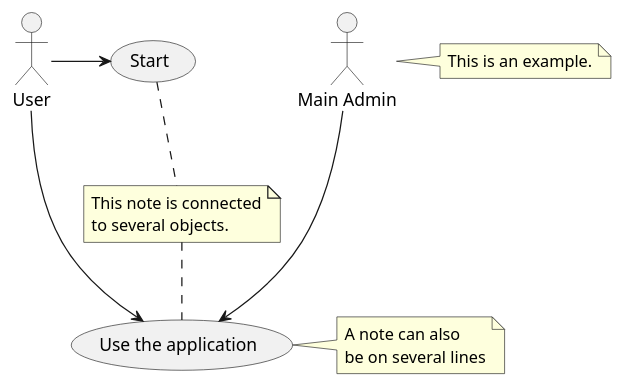
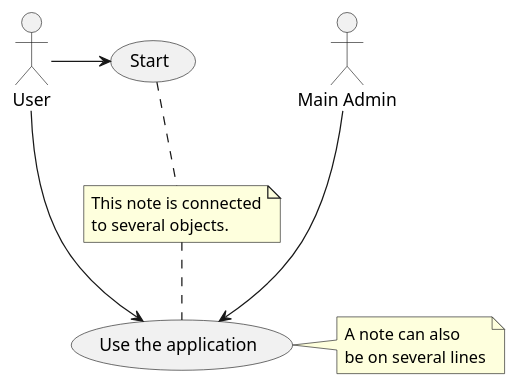
One commit to 1191259/ProjetoLapr3 changed the diagram in docs/Sprint1/UC5 - View Products/ViewProducts.puml. Above: the diagram before and after it, drawn with PlantUML. The commit also changed 1 other file, not shown here.

```diff
--- a/docs/Sprint1/UC5 - View Products/ViewProducts.puml
+++ b/docs/Sprint1/UC5 - View Products/ViewProducts.puml
@@ -1,20 +1,18 @@
 @startuml
 :Main Admin: as Admin
 (Use the application) as (Use)
 
 User -> (Start)
 User --> (Use)
 
 Admin ---> (Use)
-
-note right of Admin : This is an example.
 
 note right of (Use)
 A note can also
 be on several lines
 end note
 
 note "This note is connected\nto several objects." as N2
 (Start) .. N2
 N2 .. (Use)
 @enduml
```
